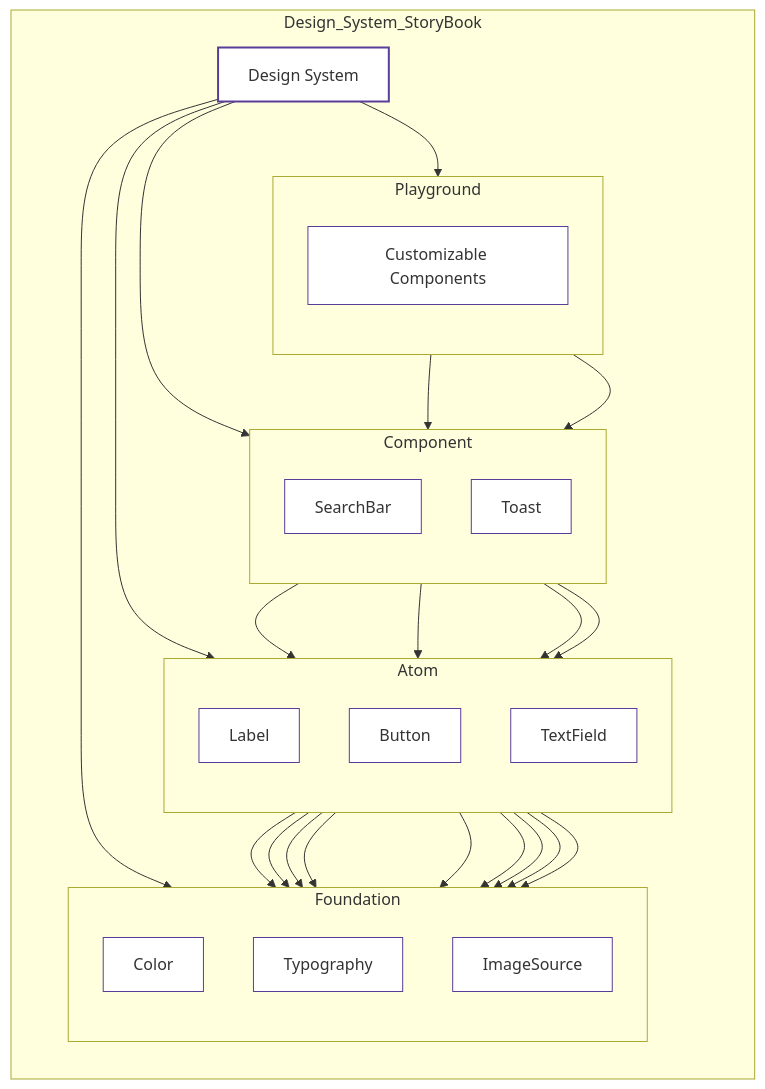
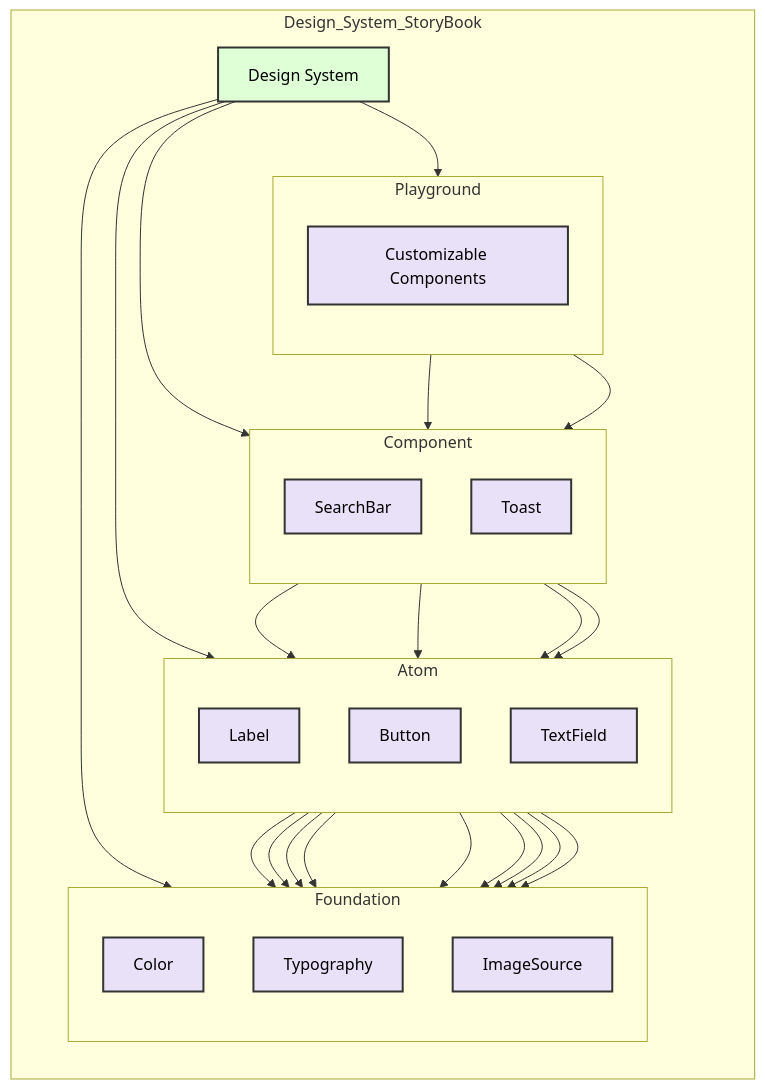
The diagram in README.md (leesoongin/SDSStoryBook), drawn with Mermaid before and after one commit.

````diff
--- a/README.md
+++ b/README.md
@@ -14,58 +14,62 @@
 ```mermaid
+%%{init: {'themeVariables': { 'textColor': 'black'}}}%%
+
 flowchart TB
     %% Design System Overview
     subgraph Design_System_StoryBook
         direction TB
         A[Design System]:::main
 
         subgraph Foundation
             direction TB
             B[Color]:::sub
             C[Typography]:::sub
             D[ImageSource]:::sub
         end
         
         subgraph Atom
             direction TB
             E[Label]:::sub
             F[Button]:::sub
             G[TextField]:::sub
             E --> B
             E --> C
             E --> D
             F --> B
             F --> C
             F --> D
             G --> B
             G --> C
             G --> D
         end
 
         subgraph Component
             direction TB
             H[SearchBar]:::sub
             I[Toast]:::sub
             H --> E
             H --> F
             I --> E
             I --> F
         end
 
         subgraph Playground
             direction TB
             J[Customizable Components]:::sub
             J --> H
             J --> I
         end
     end
 
     %% Connections
     A --> Foundation
     A --> Atom
     A --> Component
     A --> Playground
 
     %% Styles
-    classDef main fill:#FFFFFF,stroke:#5A3D99,stroke-width:2px,color:#000;  %% Light purple background
-    classDef sub fill:#FFFFFF,stroke:#5A3D99,stroke-width:1px,color:#000;  %% Very light purple background
+    classDef main fill:#DFFFD6,stroke:#333,stroke-width:2px,color:black;  %% Light green background, black text
+    classDef sub fill:#E9E1F7,stroke:#333,stroke-width:2px,color:black;  %% Very light purple background, black text
+
+
 ```
````
